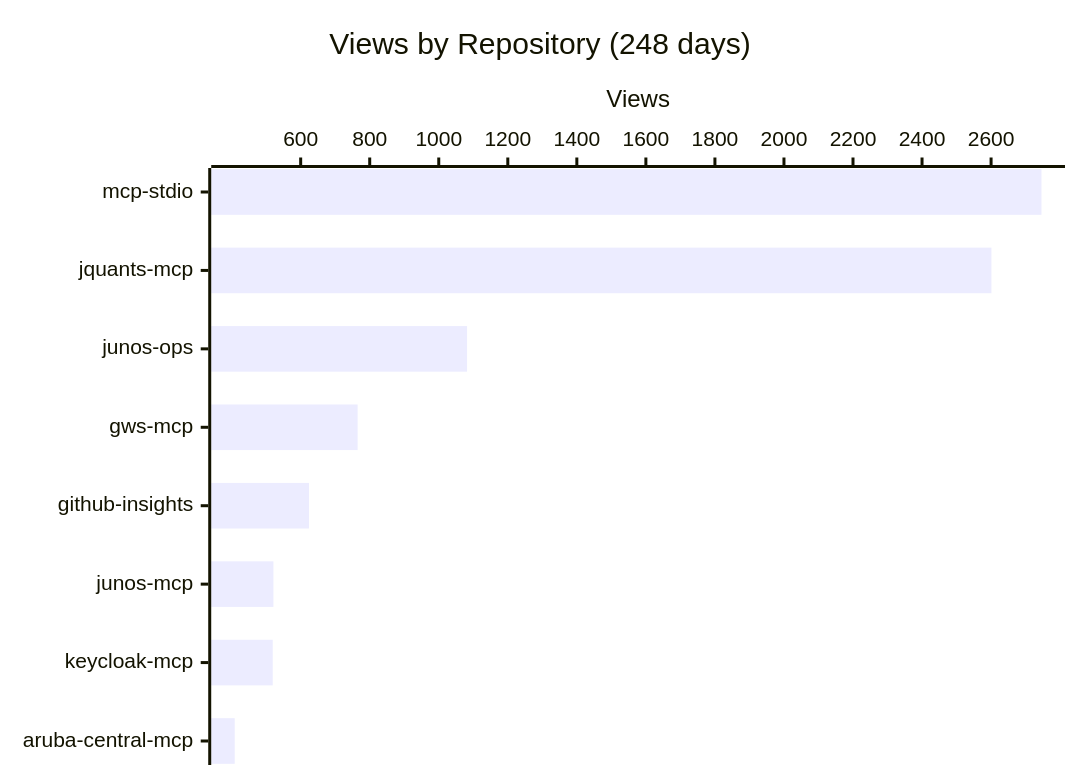
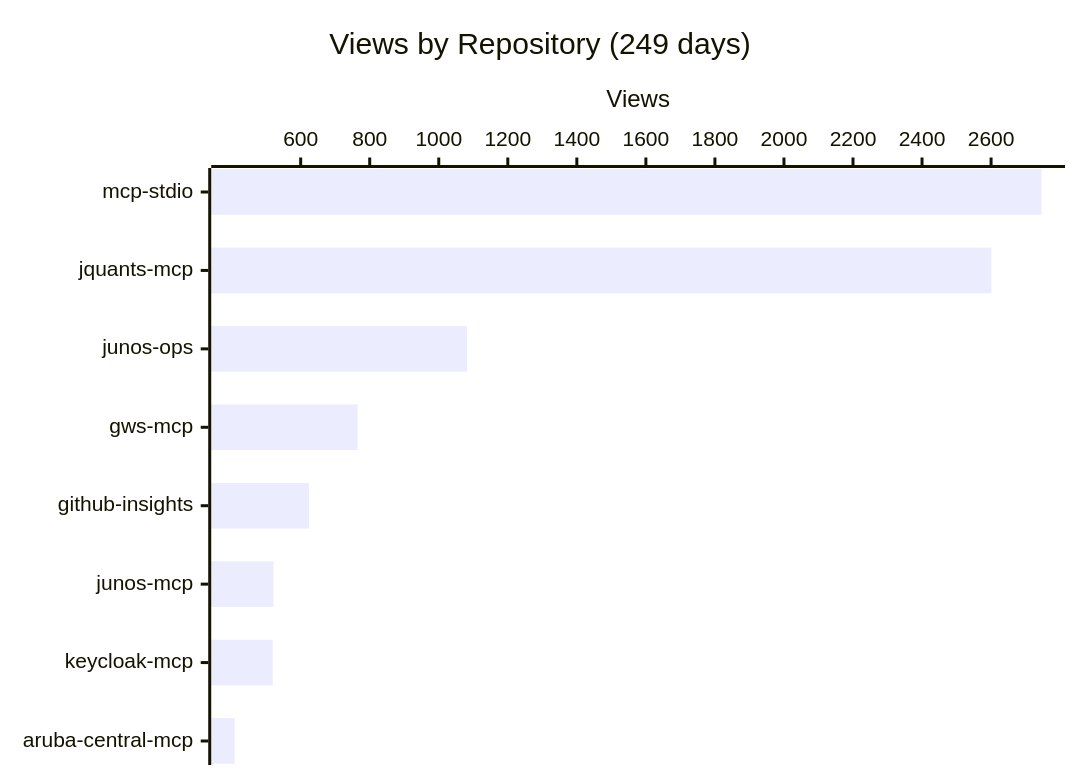
Before and after one commit to shigechika/github-insights: the first of 4 diagrams in README.md, drawn with Mermaid. The commit also changed other lines of this file and 1 other file, not shown here.

````diff
--- a/README.md
+++ b/README.md
@@ -18,7 +18,7 @@
 ```mermaid
 xychart-beta horizontal
-    title "Views by Repository (248 days)"
+    title "Views by Repository (249 days)"
     x-axis ["mcp-stdio", "jquants-mcp", "junos-ops", "gws-mcp", "github-insights", "junos-mcp", "keycloak-mcp", "aruba-central-mcp"]
     y-axis "Views"
     bar [2746, 2601, 1082, 765, 624, 521, 519, 409]
 ```
````
